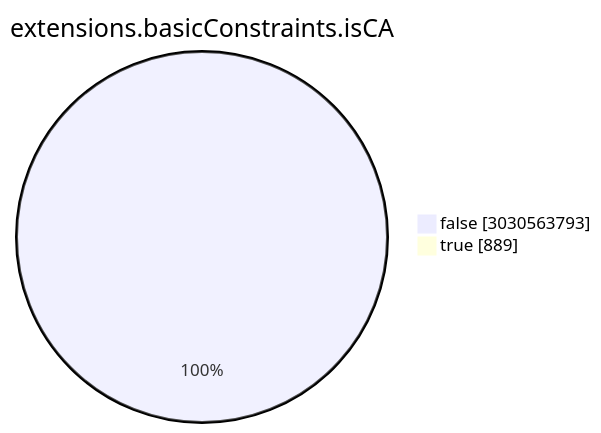
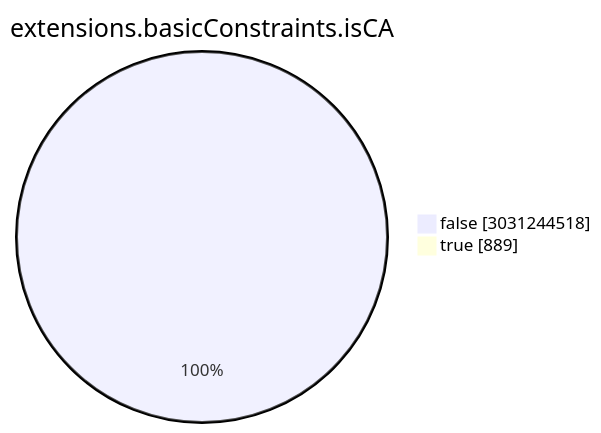
Before and after one commit to christiankrug/ctmonitor_visualization: the seventh of 15 diagrams in TOTAL/README.md, drawn with Mermaid. The commit also changed other lines of this file, not shown here.

````diff
--- a/TOTAL/README.md
+++ b/TOTAL/README.md
@@ -3086,6 +3086,6 @@
 ```mermaid
 pie showData
 title extensions.basicConstraints.isCA
-"false" :3030563793
+"false" :3031244518
 "true" :889
 ```
````
